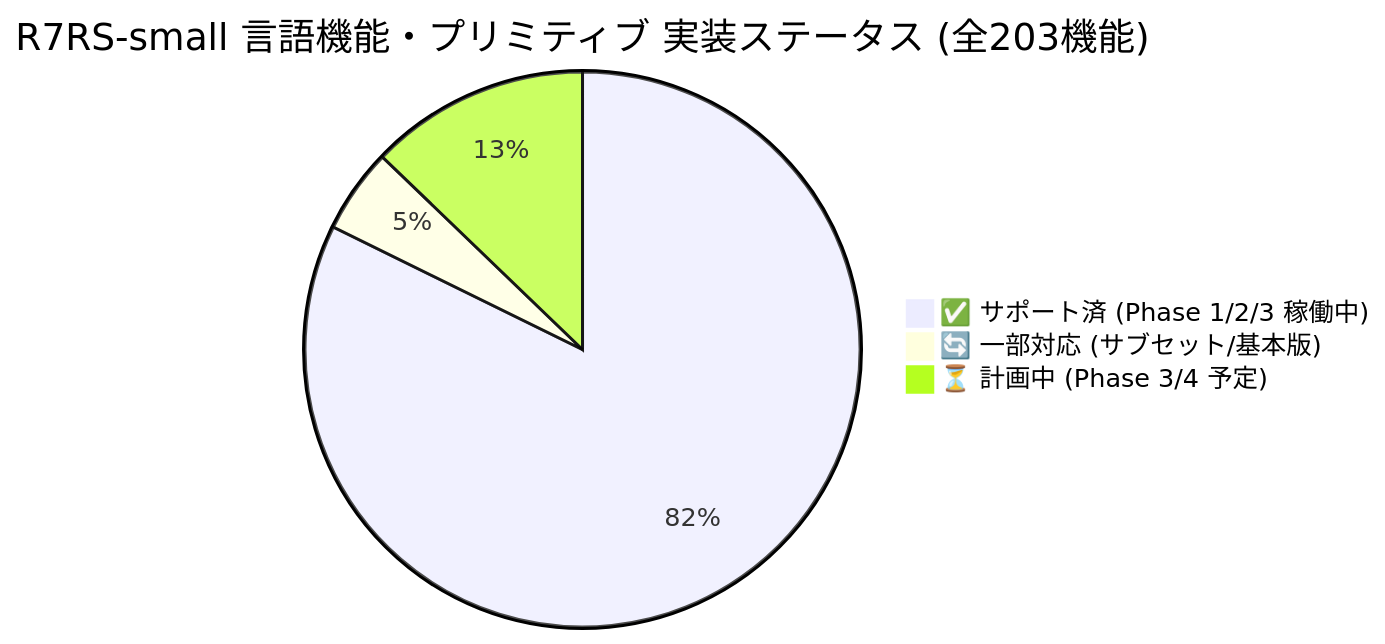
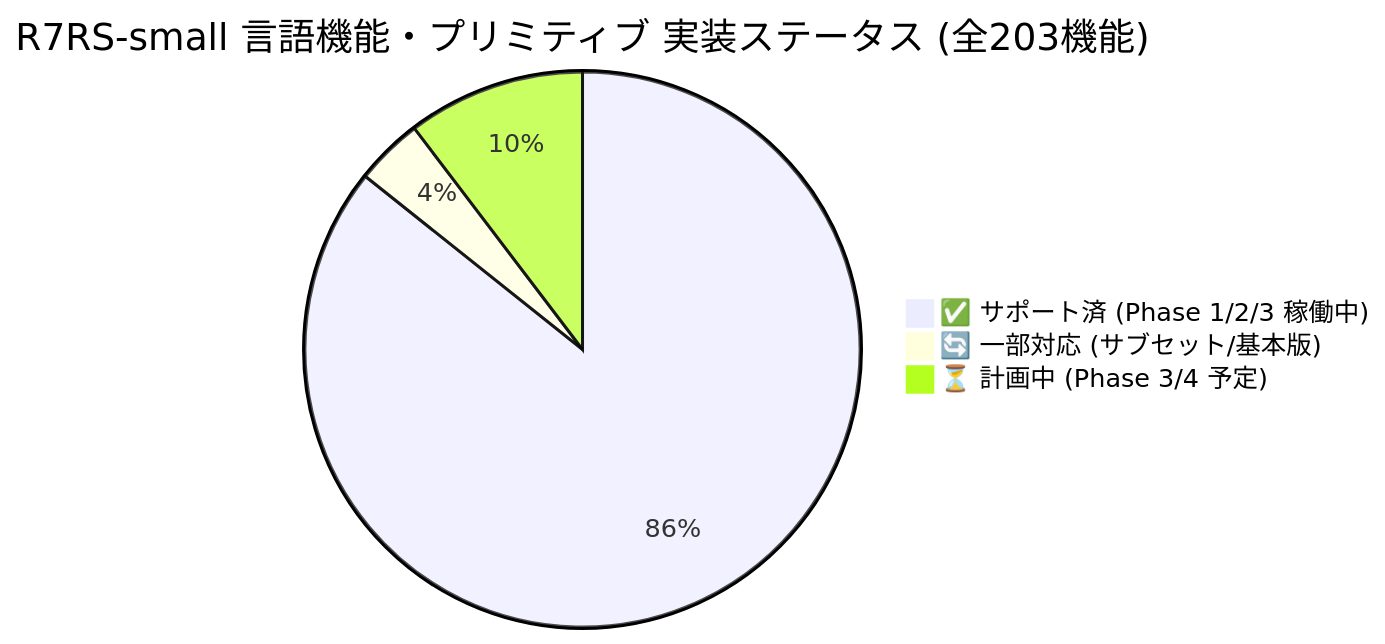
One commit to rokujyouhitoma/arxiv-security-papers changed the first of 3 diagrams in ilisp/docs/SPEC_R7RS.md. Above: the diagram before and after it, drawn with Mermaid. The commit also changed other lines of this file and 6 other files, not shown here.

````diff
--- a/ilisp/docs/SPEC_R7RS.md
+++ b/ilisp/docs/SPEC_R7RS.md
@@ -17,6 +17,6 @@
 ```mermaid
 pie title R7RS-small 言語機能・プリミティブ 実装ステータス (全203機能)
-    "✅ サポート済 (Phase 1/2/3 稼働中)" : 167
-    "🔄 一部対応 (サブセット/基本版)" : 10
-    "⏳ 計画中 (Phase 3/4 予定)" : 26
+    "✅ サポート済 (Phase 1/2/3 稼働中)" : 174
+    "🔄 一部対応 (サブセット/基本版)" : 8
+    "⏳ 計画中 (Phase 3/4 予定)" : 21
 ```
````
